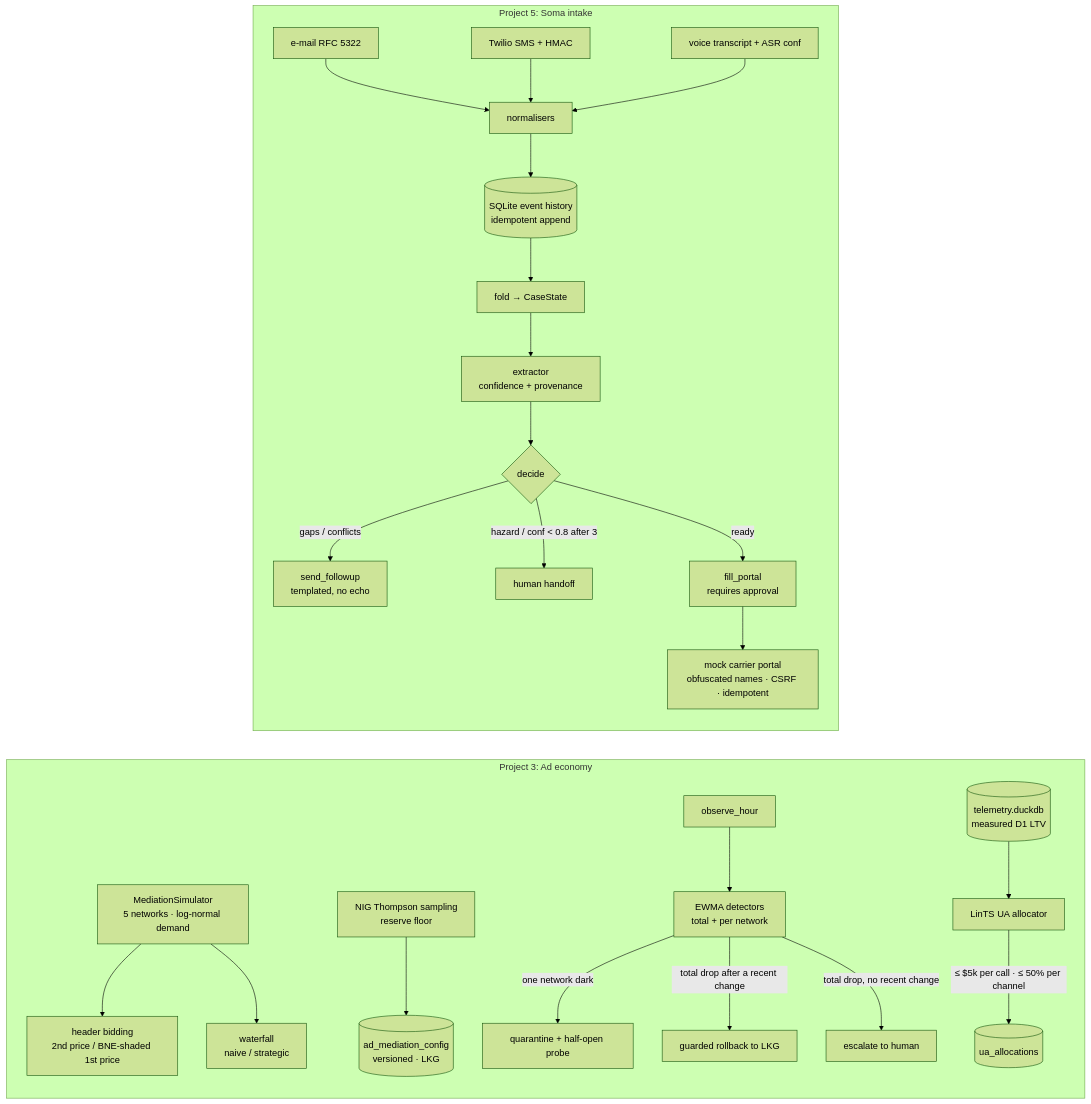
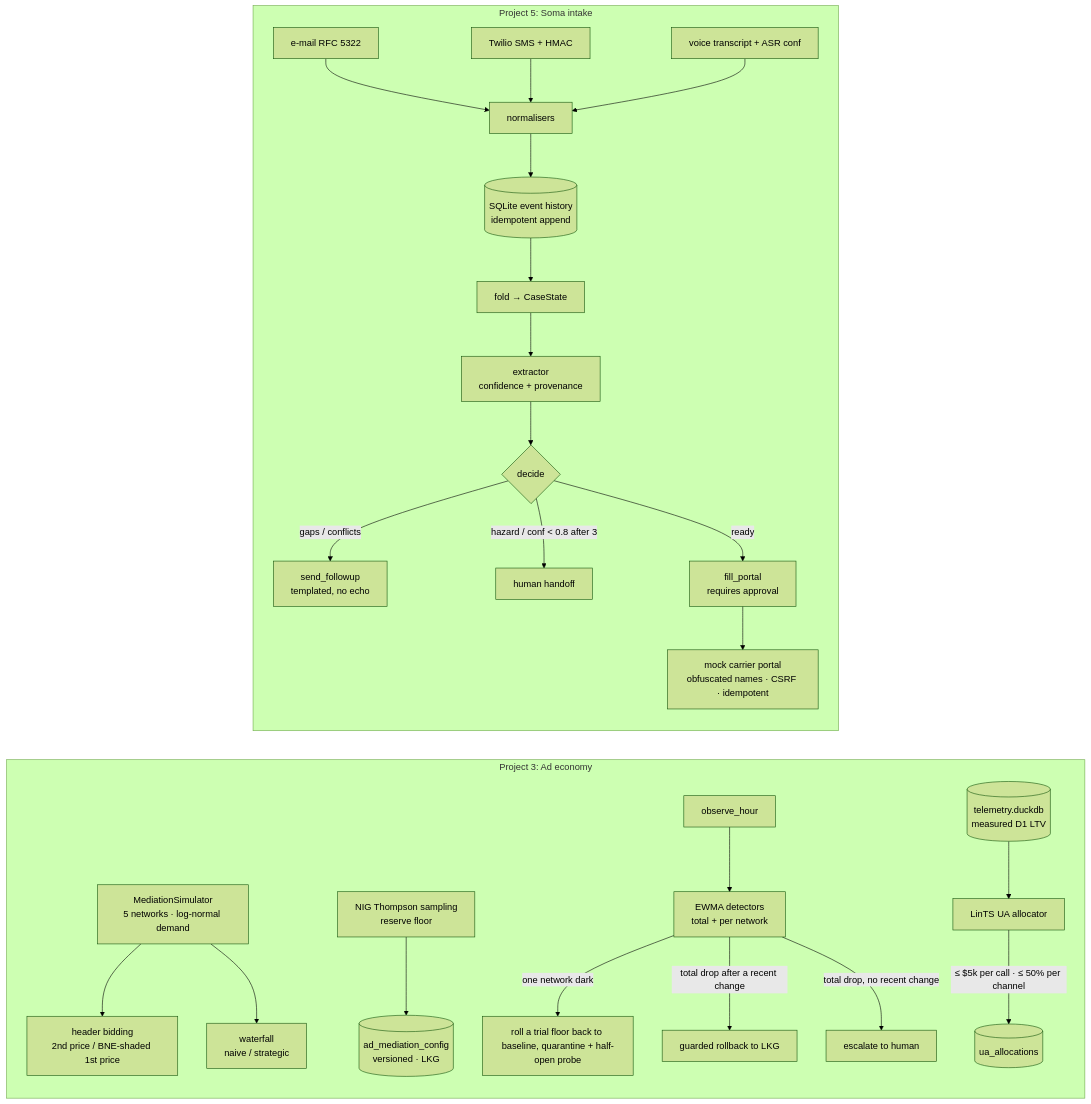
Before and after one commit to akshitsubudhi/wordforge-agents: the third of 3 diagrams in docs/ARCHITECTURE.md, drawn with Mermaid (forest theme). The commit also changed other lines of this file and 32 other files, not shown here.

````diff
--- a/docs/ARCHITECTURE.md
+++ b/docs/ARCHITECTURE.md
@@ -251,27 +251,27 @@
 ```mermaid
 flowchart LR
     subgraph Ads["Project 3: Ad economy"]
         SIM[MediationSimulator<br/>5 networks · log-normal demand] --> HB[header bidding<br/>2nd price / BNE-shaded 1st price]
         SIM --> WF[waterfall<br/>naive / strategic]
         TS[NIG Thompson sampling<br/>reserve floor] --> CFG[(ad_mediation_config<br/>versioned · LKG)]
         OBS[observe_hour] --> DET[EWMA detectors<br/>total + per network]
-        DET -->|one network dark| Q[quarantine + half-open probe]
+        DET -->|one network dark| Q[roll a trial floor back to baseline, quarantine + half-open probe]
         DET -->|total drop after a recent change| RB[guarded rollback to LKG]
         DET -->|total drop, no recent change| ESC[escalate to human]
         LTV[(telemetry.duckdb<br/>measured D1 LTV)] --> UA[LinTS UA allocator]
         UA -->|≤ $5k per call · ≤ 50% per channel| ALLOC[(ua_allocations)]
     end
     subgraph Soma["Project 5: Soma intake"]
         E[e-mail RFC 5322] --> N[normalisers]
         S[Twilio SMS + HMAC] --> N
         V[voice transcript + ASR conf] --> N
         N --> ES[(SQLite event history<br/>idempotent append)]
         ES --> F[fold → CaseState]
         F --> X[extractor<br/>confidence + provenance]
         X --> D{decide}
         D -->|gaps / conflicts| FU[send_followup<br/>templated, no echo]
         D -->|hazard / conf < 0.8 after 3| HO[human handoff]
         D -->|ready| PF[fill_portal<br/>requires approval]
         PF --> P[mock carrier portal<br/>obfuscated names · CSRF · idempotent]
     end
 ```
````
